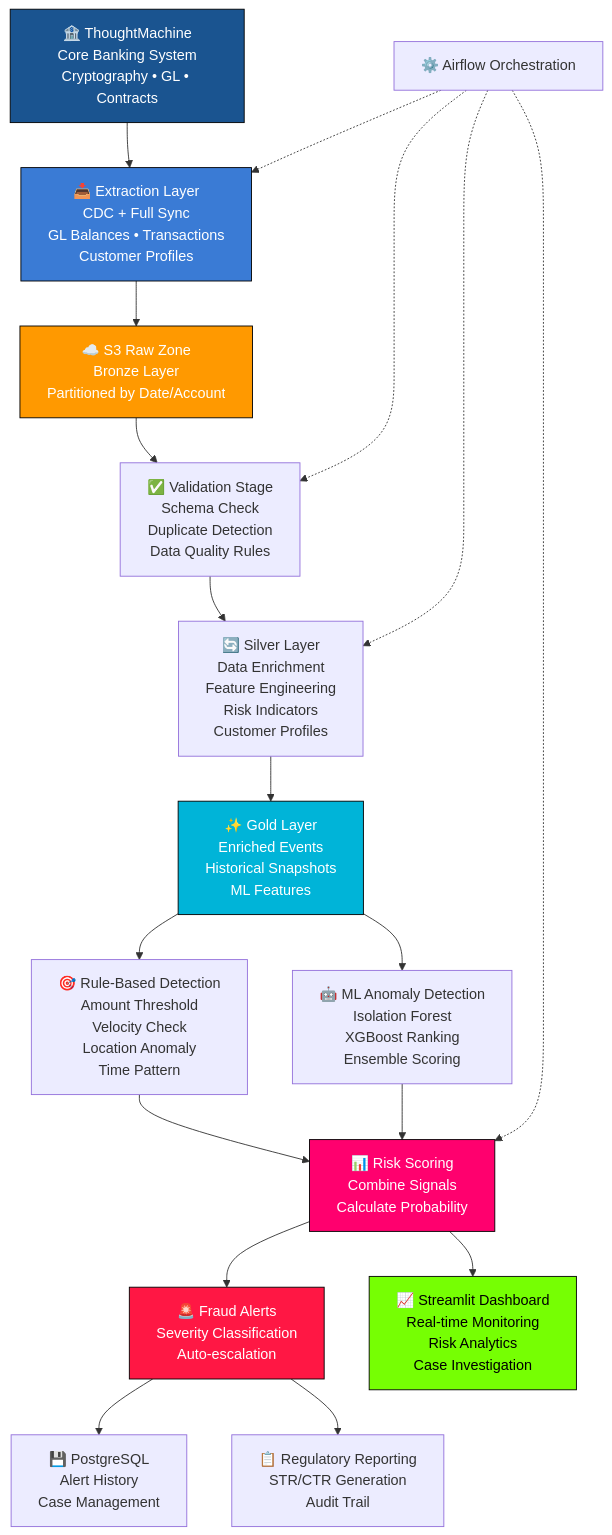
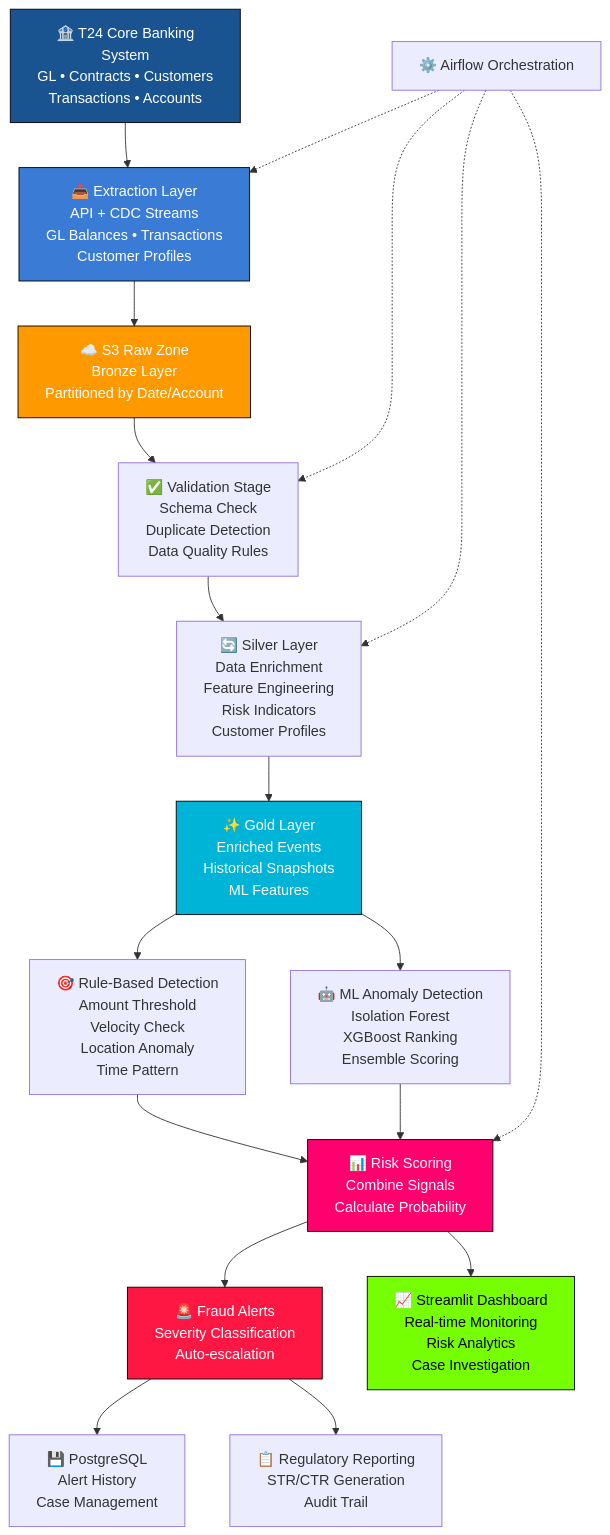
The diagram in README.md (willtran112358/vnbank-fraud-detection-pipeline), drawn with Mermaid before and after one commit. The commit also changed other lines of this file, not shown here.

Commit message:
refactor: Update source system from ThoughtMachine to T24 core banking platform

````diff
--- a/README.md
+++ b/README.md
@@ -7,42 +7,42 @@
 ```mermaid
 graph TB
-    TM["🏦 ThoughtMachine<br/>Core Banking System<br/>Cryptography • GL • Contracts"]
+    T24["🏦 T24 Core Banking<br/>System<br/>GL • Contracts • Customers<br/>Transactions • Accounts"]
     
-    TM --> EXTRACT["📥 Extraction Layer<br/>CDC + Full Sync<br/>GL Balances • Transactions<br/>Customer Profiles"]
+    T24 --> EXTRACT["📥 Extraction Layer<br/>API + CDC Streams<br/>GL Balances • Transactions<br/>Customer Profiles"]
     
     EXTRACT --> S3["☁️ S3 Raw Zone<br/>Bronze Layer<br/>Partitioned by Date/Account"]
     
     S3 --> VALIDATE["✅ Validation Stage<br/>Schema Check<br/>Duplicate Detection<br/>Data Quality Rules"]
     
     VALIDATE --> TRANSFORM["🔄 Silver Layer<br/>Data Enrichment<br/>Feature Engineering<br/>Risk Indicators<br/>Customer Profiles"]
     
     TRANSFORM --> GOLD["✨ Gold Layer<br/>Enriched Events<br/>Historical Snapshots<br/>ML Features"]
     
     GOLD --> RB["🎯 Rule-Based Detection<br/>Amount Threshold<br/>Velocity Check<br/>Location Anomaly<br/>Time Pattern"]
     
     GOLD --> ML["🤖 ML Anomaly Detection<br/>Isolation Forest<br/>XGBoost Ranking<br/>Ensemble Scoring"]
     
     RB --> SCORE["📊 Risk Scoring<br/>Combine Signals<br/>Calculate Probability"]
     ML --> SCORE
     
     SCORE --> ALERT["🚨 Fraud Alerts<br/>Severity Classification<br/>Auto-escalation"]
     
     ALERT --> PG["💾 PostgreSQL<br/>Alert History<br/>Case Management"]
     
     SCORE --> DASH["📈 Streamlit Dashboard<br/>Real-time Monitoring<br/>Risk Analytics<br/>Case Investigation"]
     
     ALERT --> COMPLIANCE["📋 Regulatory Reporting<br/>STR/CTR Generation<br/>Audit Trail"]
     
     AIRFLOW["⚙️ Airflow Orchestration"] -.-> EXTRACT
     AIRFLOW -.-> VALIDATE
     AIRFLOW -.-> TRANSFORM
     AIRFLOW -.-> SCORE
     
-    style TM fill:#1a5490,stroke:#000,color:#fff
+    style T24 fill:#1a5490,stroke:#000,color:#fff
     style EXTRACT fill:#3a7bd5,stroke:#000,color:#fff
     style S3 fill:#ff9900,stroke:#000,color:#fff
     style GOLD fill:#00b4d8,stroke:#000,color:#fff
     style SCORE fill:#ff006e,stroke:#000,color:#fff
     style ALERT fill:#ff1744,stroke:#000,color:#fff
     style DASH fill:#76ff03,stroke:#000,color:#000
 ```
````
